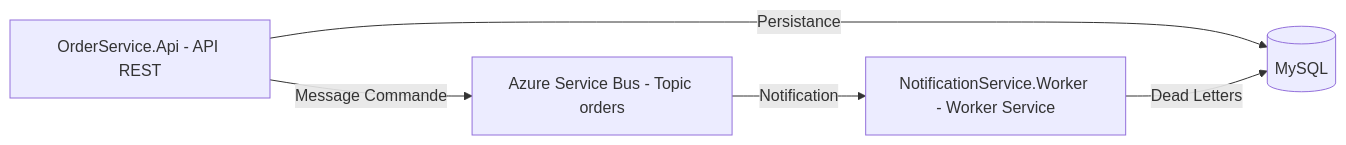
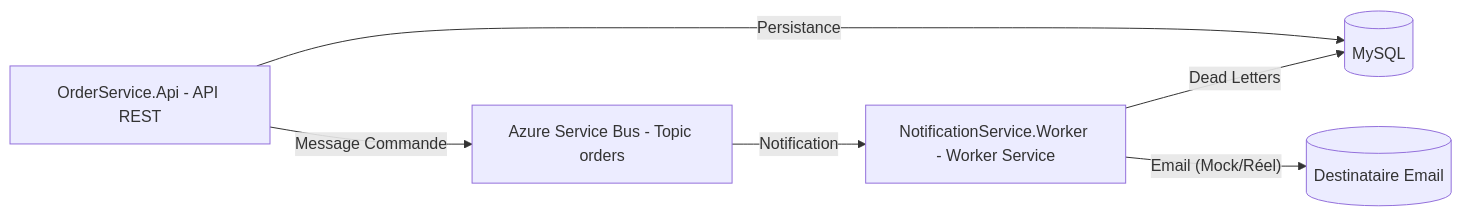
The diagram in Readme.md (Galeih/OrderNotificationSystem), drawn with Mermaid before and after one commit. The commit also changed other lines of this file and 3 other files, not shown here.

````diff
--- a/Readme.md
+++ b/Readme.md
@@ -20,7 +20,8 @@
 ```mermaid
 flowchart LR
     A[OrderService.Api - API REST] -- Message Commande --> B[Azure Service Bus - Topic orders]
     B -- Notification --> C[NotificationService.Worker - Worker Service]
     A -- Persistance --> D[(MySQL)]
     C -- Dead Letters --> D
+    C -- Email (Mock/Réel) --> E[(Destinataire Email)]
 ```
````
